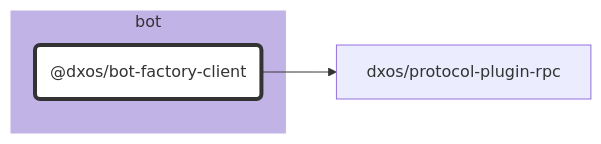
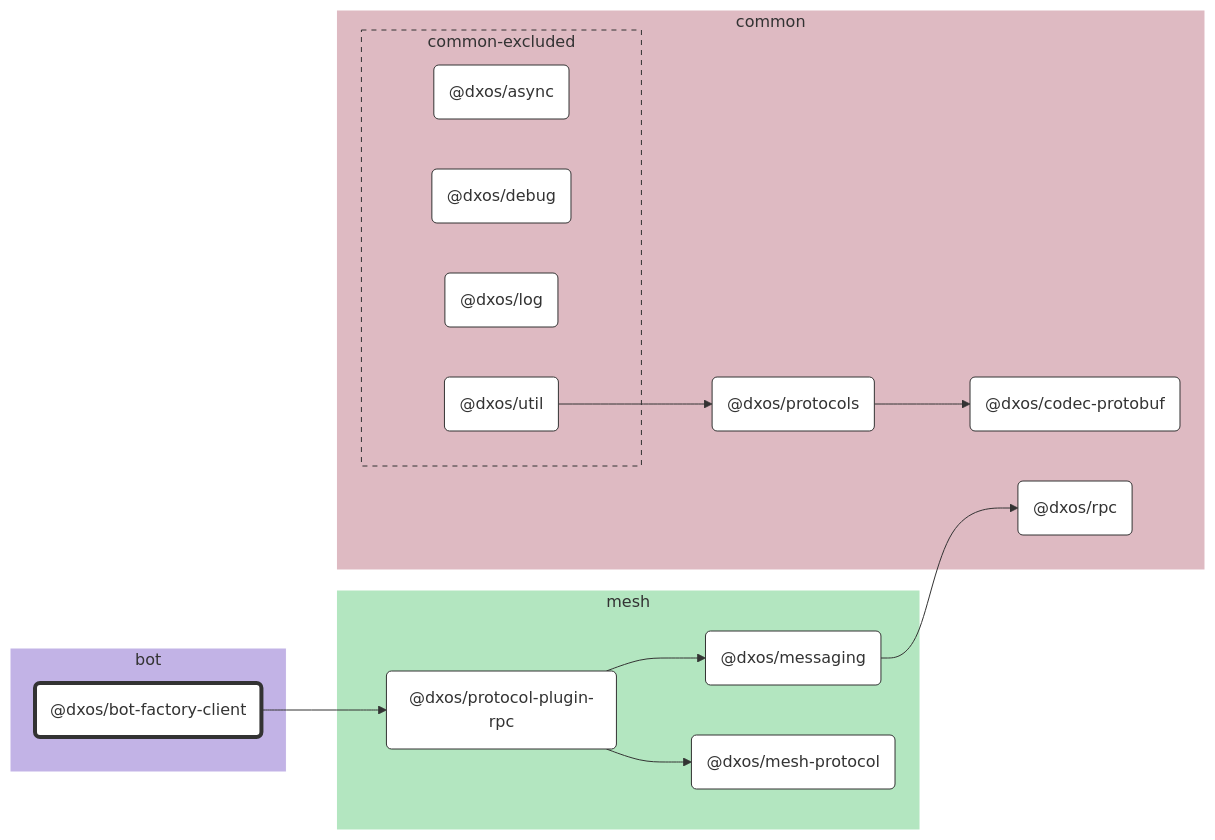
Before and after one commit to dxos/dxos: the diagram in packages/bot/bot-factory-client/docs/README.md, drawn with Mermaid. The commit also changed 65 other files, not shown here.

````diff
--- a/packages/bot/bot-factory-client/docs/README.md
+++ b/packages/bot/bot-factory-client/docs/README.md
@@ -7,21 +7,58 @@
 ```mermaid
 %%{ init: {'flowchart':{'curve':'basis'}} }%%
 
 flowchart LR
 
 %% Classes
 classDef def fill:#fff,stroke:#333,stroke-width:1px
 classDef root fill:#fff,stroke:#333,stroke-width:4px
 
 %% Nodes
 
 subgraph bot [bot]
   style bot fill:#c2b3e6,stroke:#fff
   dxos/bot-factory-client("@dxos/bot-factory-client"):::root
   click dxos/bot-factory-client "dxos/dxos/tree/main/packages/bot/bot-factory-client/docs"
 end
 
+subgraph common [common]
+  style common fill:#debac2,stroke:#fff
+  dxos/codec-protobuf("@dxos/codec-protobuf"):::def
+  click dxos/codec-protobuf "dxos/dxos/tree/main/packages/common/codec-protobuf/docs"
+  dxos/protocols("@dxos/protocols"):::def
+  click dxos/protocols "dxos/dxos/tree/main/packages/common/protocols/docs"
+  dxos/rpc("@dxos/rpc"):::def
+  click dxos/rpc "dxos/dxos/tree/main/packages/common/rpc/docs"
+
+  subgraph common-excluded [common-excluded]
+    style common-excluded fill:#debac2,stroke:#333,stroke-dasharray:5 5
+    dxos/async("@dxos/async"):::def
+    click dxos/async "dxos/dxos/tree/main/packages/common/async/docs"
+    dxos/debug("@dxos/debug"):::def
+    click dxos/debug "dxos/dxos/tree/main/packages/common/debug/docs"
+    dxos/log("@dxos/log"):::def
+    click dxos/log "dxos/dxos/tree/main/packages/common/log/docs"
+    dxos/util("@dxos/util"):::def
+    click dxos/util "dxos/dxos/tree/main/packages/common/util/docs"
+  end
+end
+
+subgraph mesh [mesh]
+  style mesh fill:#b3e6c0,stroke:#fff
+  dxos/protocol-plugin-rpc("@dxos/protocol-plugin-rpc"):::def
+  click dxos/protocol-plugin-rpc "dxos/dxos/tree/main/packages/mesh/protocol-plugin-rpc/docs"
+  dxos/messaging("@dxos/messaging"):::def
+  click dxos/messaging "dxos/dxos/tree/main/packages/mesh/messaging/docs"
+  dxos/mesh-protocol("@dxos/mesh-protocol"):::def
+  click dxos/mesh-protocol "dxos/dxos/tree/main/packages/mesh/mesh-protocol/docs"
+end
+
 %% Links
 linkStyle default stroke:#333,stroke-width:1px
 dxos/bot-factory-client --> dxos/protocol-plugin-rpc
+dxos/protocol-plugin-rpc --> dxos/messaging
+dxos/protocols --> dxos/codec-protobuf
+dxos/messaging --> dxos/rpc
+dxos/util --> dxos/protocols
+dxos/protocol-plugin-rpc --> dxos/mesh-protocol
 ```
````
